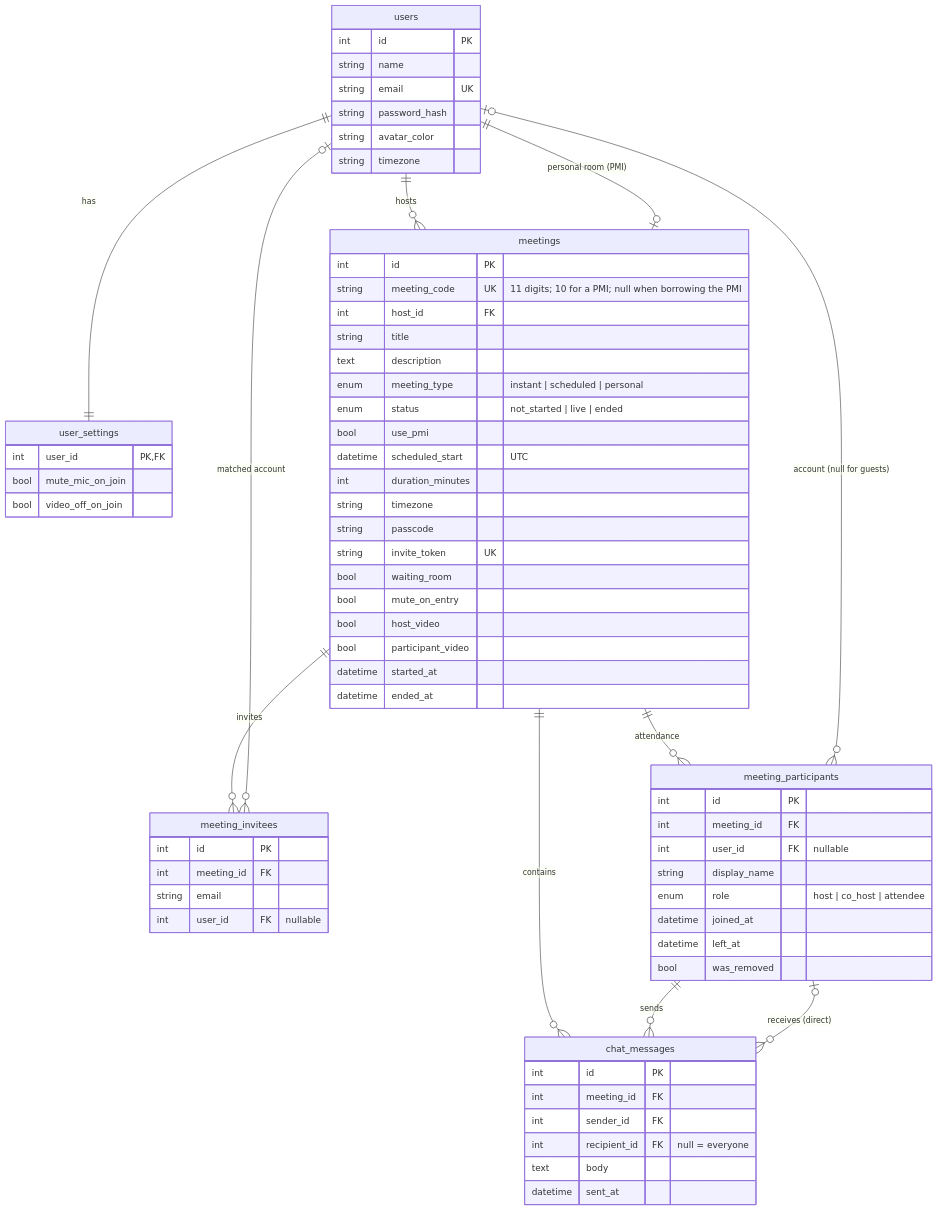
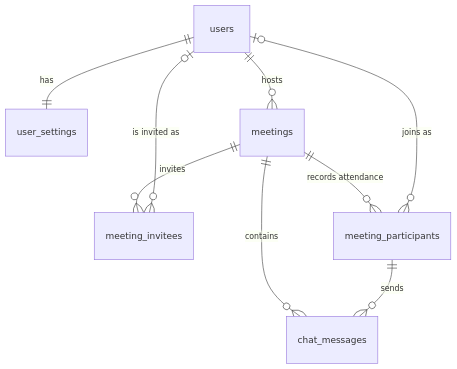
One commit to Kartikkkchopraa/Zoom changed the third of 3 diagrams in README.md. Above: the diagram before and after it, drawn with Mermaid. The commit also changed other lines of this file, not shown here.

Commit message:
Restructure README: contents, simpler architecture and schema sections

````diff
--- a/README.md
+++ b/README.md
@@ -177,72 +233,11 @@
 ```mermaid
 erDiagram
-  users ||--|| user_settings : has
-  users ||--o{ meetings : hosts
-  users ||--o| meetings : "personal room (PMI)"
-  meetings ||--o{ meeting_invitees : invites
-  users |o--o{ meeting_invitees : "matched account"
-  meetings ||--o{ meeting_participants : attendance
-  users |o--o{ meeting_participants : "account (null for guests)"
-  meetings ||--o{ chat_messages : contains
-  meeting_participants ||--o{ chat_messages : sends
-  meeting_participants |o--o{ chat_messages : "receives (direct)"
-
-  users {
-    int id PK
-    string name
-    string email UK
-    string password_hash
-    string avatar_color
-    string timezone
-  }
-  user_settings {
-    int user_id PK,FK
-    bool mute_mic_on_join
-    bool video_off_on_join
-  }
-  meetings {
-    int id PK
-    string meeting_code UK "11 digits; 10 for a PMI; null when borrowing the PMI"
-    int host_id FK
-    string title
-    text description
-    enum meeting_type "instant | scheduled | personal"
-    enum status "not_started | live | ended"
-    bool use_pmi
-    datetime scheduled_start "UTC"
-    int duration_minutes
-    string timezone
-    string passcode
-    string invite_token UK
-    bool waiting_room
-    bool mute_on_entry
-    bool host_video
-    bool participant_video
-    datetime started_at
-    datetime ended_at
-  }
-  meeting_invitees {
-    int id PK
-    int meeting_id FK
-    string email
-    int user_id FK "nullable"
-  }
-  meeting_participants {
-    int id PK
-    int meeting_id FK
-    int user_id FK "nullable"
-    string display_name
-    enum role "host | co_host | attendee"
-    datetime joined_at
-    datetime left_at
-    bool was_removed
-  }
-  chat_messages {
-    int id PK
-    int meeting_id FK
-    int sender_id FK
-    int recipient_id FK "null = everyone"
-    text body
-    datetime sent_at
-  }
+  users ||--|| user_settings : "has"
+  users ||--o{ meetings : "hosts"
+  meetings ||--o{ meeting_invitees : "invites"
+  meetings ||--o{ meeting_participants : "records attendance"
+  meetings ||--o{ chat_messages : "contains"
+  meeting_participants ||--o{ chat_messages : "sends"
+  users |o--o{ meeting_participants : "joins as"
+  users |o--o{ meeting_invitees : "is invited as"
 ```
````
